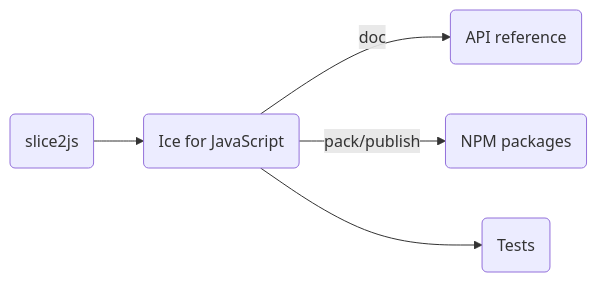
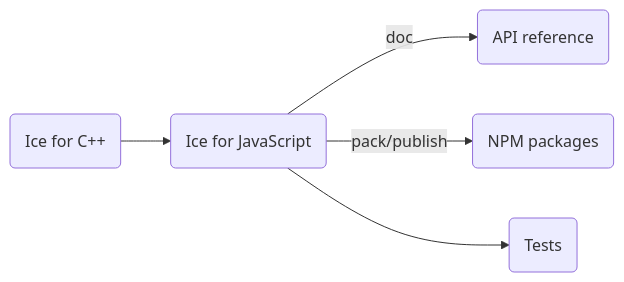
One commit to zeroc-ice/ice changed the diagram in js/BUILDING.md. Above: the diagram before and after it, drawn with Mermaid. The commit also changed other lines of this file, not shown here.

````diff
--- a/js/BUILDING.md
+++ b/js/BUILDING.md
@@ -31,7 +24,7 @@
 ```mermaid
 flowchart LR
-    compiler(slice2js) --> ice(Ice for JavaScript)
+    c++(Ice for C++) --> ice(Ice for JavaScript)
     ice -- doc --> api(API reference)
     ice -- pack/publish --> npm(NPM packages)
     ice --> tests(Tests)
 ```
````
